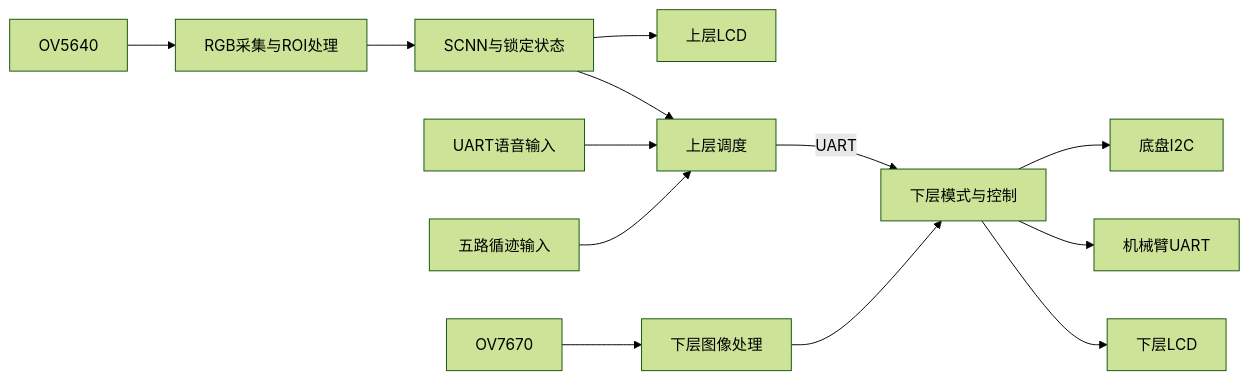
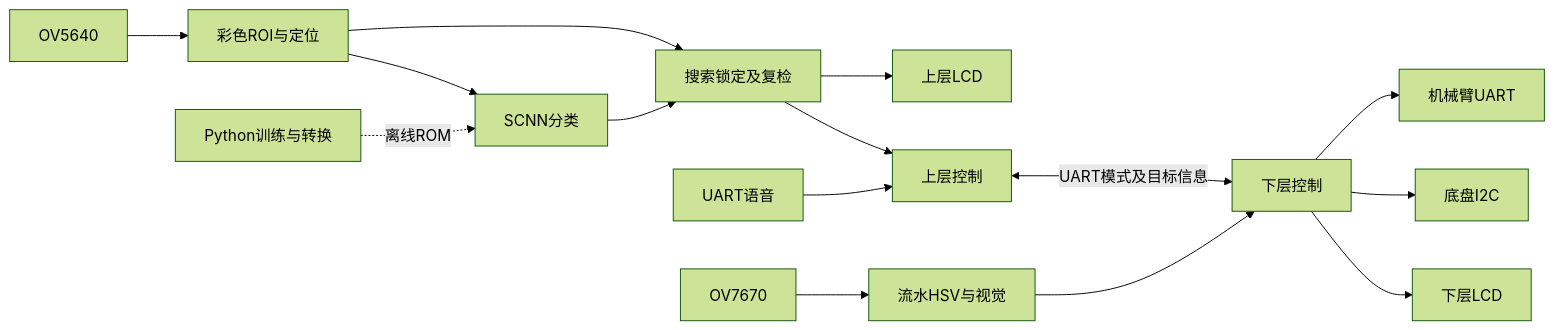
One commit to ydf0809/ydf changed the diagram in report/design_report.md. Above: the diagram before and after it, drawn with Mermaid (forest theme). The commit also changed other lines of this file and 313 other files, not shown here.

```diff
--- a/report/design_report.md
+++ b/report/design_report.md
@@ -11,15 +7,17 @@
 ~~~mermaid
 flowchart LR
-    cam1[OV5640] --> rgb[RGB采集与ROI处理]
-    rgb --> nn[SCNN与锁定状态]
-    nn --> lcd1[上层LCD]
-    voice[UART语音输入] --> upper[上层调度]
-    track[五路循迹输入] --> upper
-    nn --> upper
-    upper -->|UART| lower[下层模式与控制]
-    cam2[OV7670] --> vision[下层图像处理]
-    vision --> lower
+    camera1[OV5640] --> rgb[彩色ROI与定位]
+    rgb --> scnn[SCNN分类]
+    scnn --> state[搜索锁定及复检]
+    rgb --> state
+    voice[UART语音] --> upper[上层控制]
+    state --> upper
+    state --> lcd1[上层LCD]
+    upper <-->|UART模式及目标信息| lower[下层控制]
+    camera2[OV7670] --> hsv[流水HSV与视觉]
+    hsv --> lower
+    lower --> lcd2[下层LCD]
     lower --> motor[底盘I2C]
     lower --> arm[机械臂UART]
-    lower --> lcd2[下层LCD]
+    train[Python训练与转换] -.离线ROM.-> scnn
 ~~~
```
